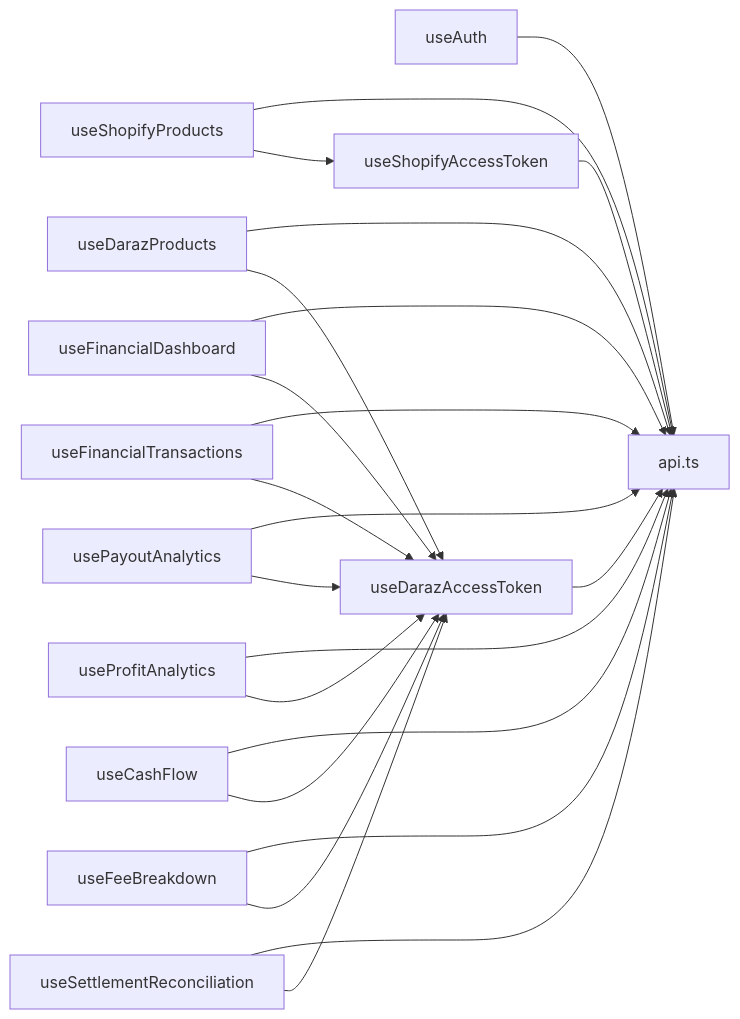
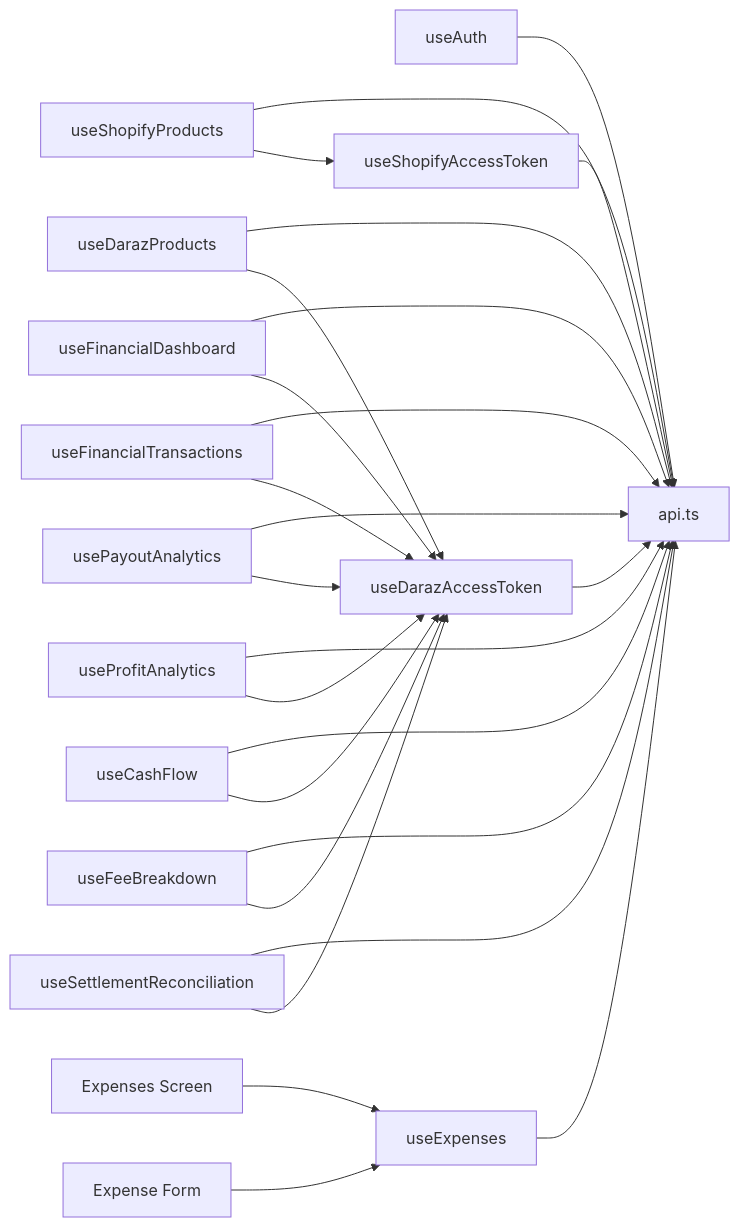
Before and after one commit to Muhammad-Masood/tijarah-ai-app: the third of 6 diagrams in .qoder/repowiki/en/content/API Integration.md, drawn with Mermaid. The commit also changed other lines of this file and 14 other files, not shown here.

````diff
--- a/.qoder/repowiki/en/content/API Integration.md
+++ b/.qoder/repowiki/en/content/API Integration.md
@@ -448,24 +508,27 @@
 ```mermaid
 graph LR
 Auth["useAuth"] --> API["api.ts"]
 ShopifyToken["useShopifyAccessToken"] --> API
 DarazToken["useDarazAccessToken"] --> API
 ShopifyProducts["useShopifyProducts"] --> API
 DarazProducts["useDarazProducts"] --> API
 FinanceDashboard["useFinancialDashboard"] --> API
 FinanceTransactions["useFinancialTransactions"] --> API
 FinancePayouts["usePayoutAnalytics"] --> API
 FinanceProfit["useProfitAnalytics"] --> API
 FinanceCashFlow["useCashFlow"] --> API
 FinanceFees["useFeeBreakdown"] --> API
 FinanceSettlement["useSettlementReconciliation"] --> API
+Expenses["useExpenses"] --> API
+ExpensesScreen["Expenses Screen"] --> Expenses
+ExpenseForm["Expense Form"] --> Expenses
 ShopifyProducts --> ShopifyToken
 DarazProducts --> DarazToken
 FinanceDashboard --> DarazToken
 FinanceTransactions --> DarazToken
 FinancePayouts --> DarazToken
 FinanceProfit --> DarazToken
 FinanceCashFlow --> DarazToken
 FinanceFees --> DarazToken
 FinanceSettlement --> DarazToken
 ```
````
